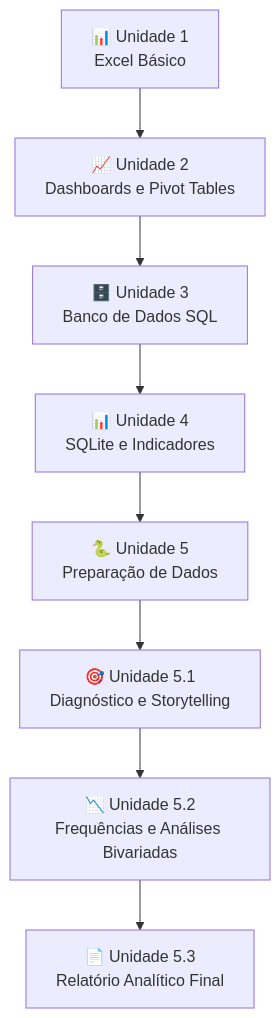
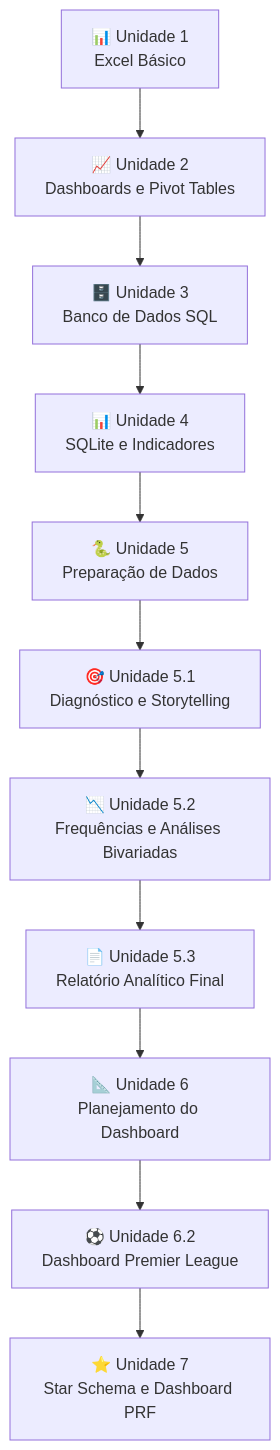
One commit to ghdss-science/aponti-academy-data-journey changed the diagram in README.md. Above: the diagram before and after it, drawn with Mermaid. The commit also changed other lines of this file and 15 other files, not shown here.

````diff
--- a/README.md
+++ b/README.md
@@ -339,18 +467,23 @@
 ```mermaid
 graph TD
 
-U1[📊 Unidade 1<br>Excel Básico]
---> U2[📈 Unidade 2<br>Dashboards e Pivot Tables]
+U1[📊 Unidade 1<br>Excel Básico] --> U2[📈 Unidade 2<br>Dashboards e Pivot Tables]
 
 U2 --> U3[🗄️ Unidade 3<br>Banco de Dados SQL]
 
 U3 --> U4[📊 Unidade 4<br>SQLite e Indicadores]
 
 U4 --> U5[🐍 Unidade 5<br>Preparação de Dados]
 
 U5 --> U51[🎯 Unidade 5.1<br>Diagnóstico e Storytelling]
 
 U51 --> U52[📉 Unidade 5.2<br>Frequências e Análises Bivariadas]
 
 U52 --> U53[📄 Unidade 5.3<br>Relatório Analítico Final]
+
+U53 --> U6[📐 Unidade 6<br>Planejamento do Dashboard]
+
+U6 --> U62[⚽ Unidade 6.2<br>Dashboard Premier League]
+
+U62 --> U7[⭐ Unidade 7<br>Star Schema e Dashboard PRF]
 ```
````
